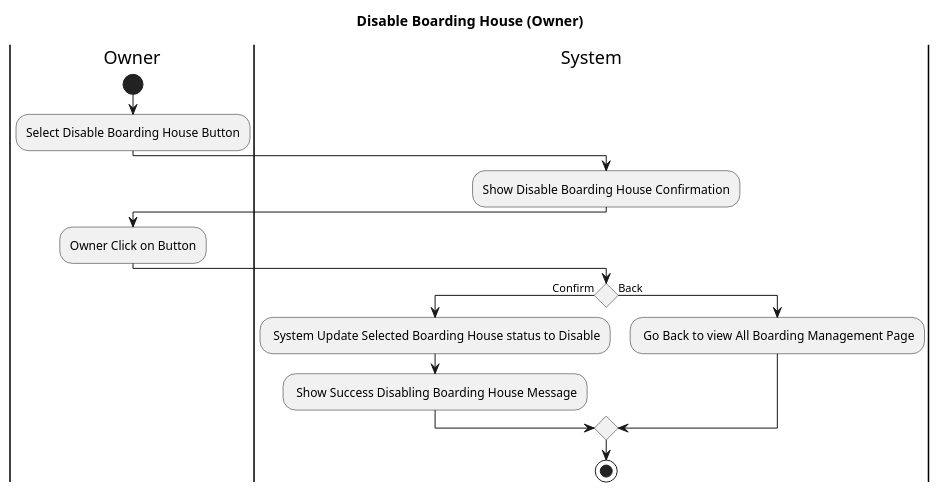
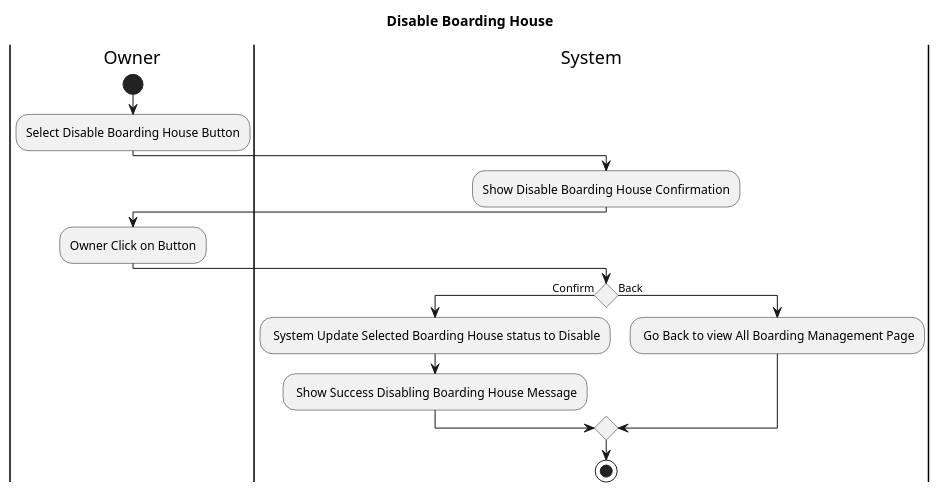
The diagram in Design/BHFMS_ACTIVITY/Owner Manager/Disable Boarding.puml (AntWort21/BHFMS), drawn with PlantUML before and after one commit. The commit also changed 75 other files, not shown here.

Commit message:
Fix Use Cases & ERD

```diff
--- a/Design/BHFMS_ACTIVITY/Owner Manager/Disable Boarding.puml
+++ b/Design/BHFMS_ACTIVITY/Owner Manager/Disable Boarding.puml
@@ -1,18 +1,18 @@
 @startuml
-title Disable Boarding House (Owner)
+title Disable Boarding House
 |Owner|
 start 
     :Select Disable Boarding House Button;
 |System|
     :Show Disable Boarding House Confirmation;
 |Owner|
     :Owner Click on Button;
     |System|
 If () then (Confirm)
     : System Update Selected Boarding House status to Disable;
     : Show Success Disabling Boarding House Message;
 else (Back)
     : Go Back to view All Boarding Management Page;  
 endif
 stop
 @enduml
```
